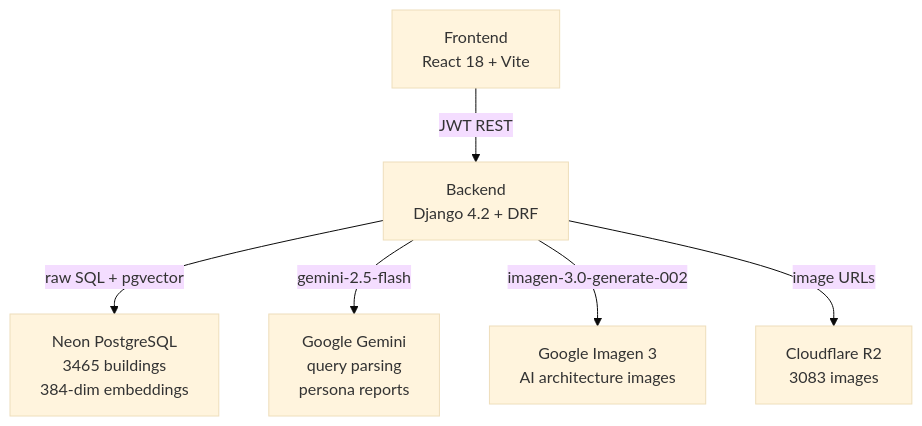
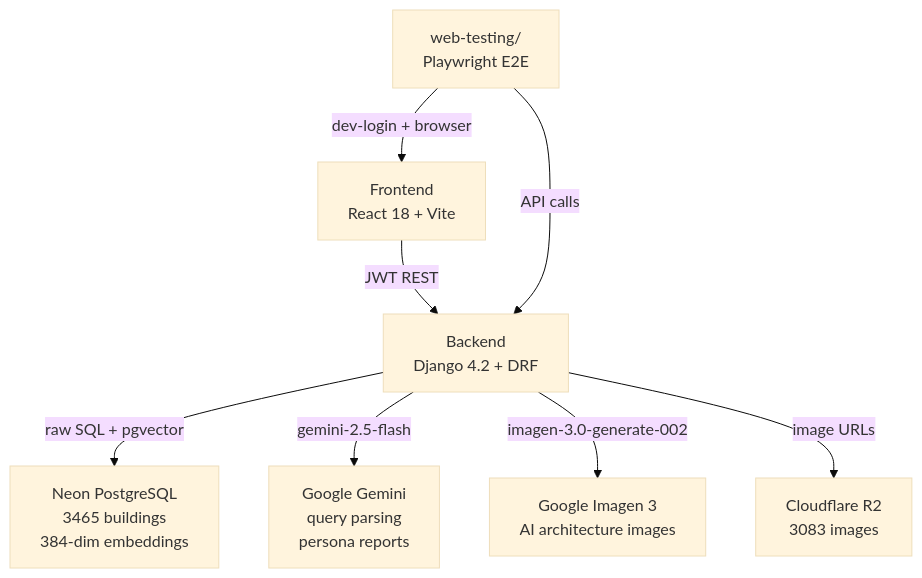
Before and after one commit to hongikarchi/archi-tinder: the second of 3 diagrams in .claude/Report.md, drawn with Mermaid (base theme). The commit also changed other lines of this file and 1 other file, not shown here.

````diff
--- a/.claude/Report.md
+++ b/.claude/Report.md
@@ -23,8 +23,10 @@
 ```mermaid
 flowchart TD
     Frontend["Frontend\nReact 18 + Vite"] -->|JWT REST| Backend["Backend\nDjango 4.2 + DRF"]
     Backend -->|raw SQL + pgvector| NeonDB["Neon PostgreSQL\n3465 buildings\n384-dim embeddings"]
     Backend -->|gemini-2.5-flash| Gemini["Google Gemini\nquery parsing\npersona reports"]
     Backend -->|imagen-3.0-generate-002| Imagen["Google Imagen 3\nAI architecture images"]
     Backend -->|image URLs| R2["Cloudflare R2\n3083 images"]
+    WebTesting["web-testing/\nPlaywright E2E"] -->|dev-login + browser| Frontend
+    WebTesting -->|API calls| Backend
 ```
````
